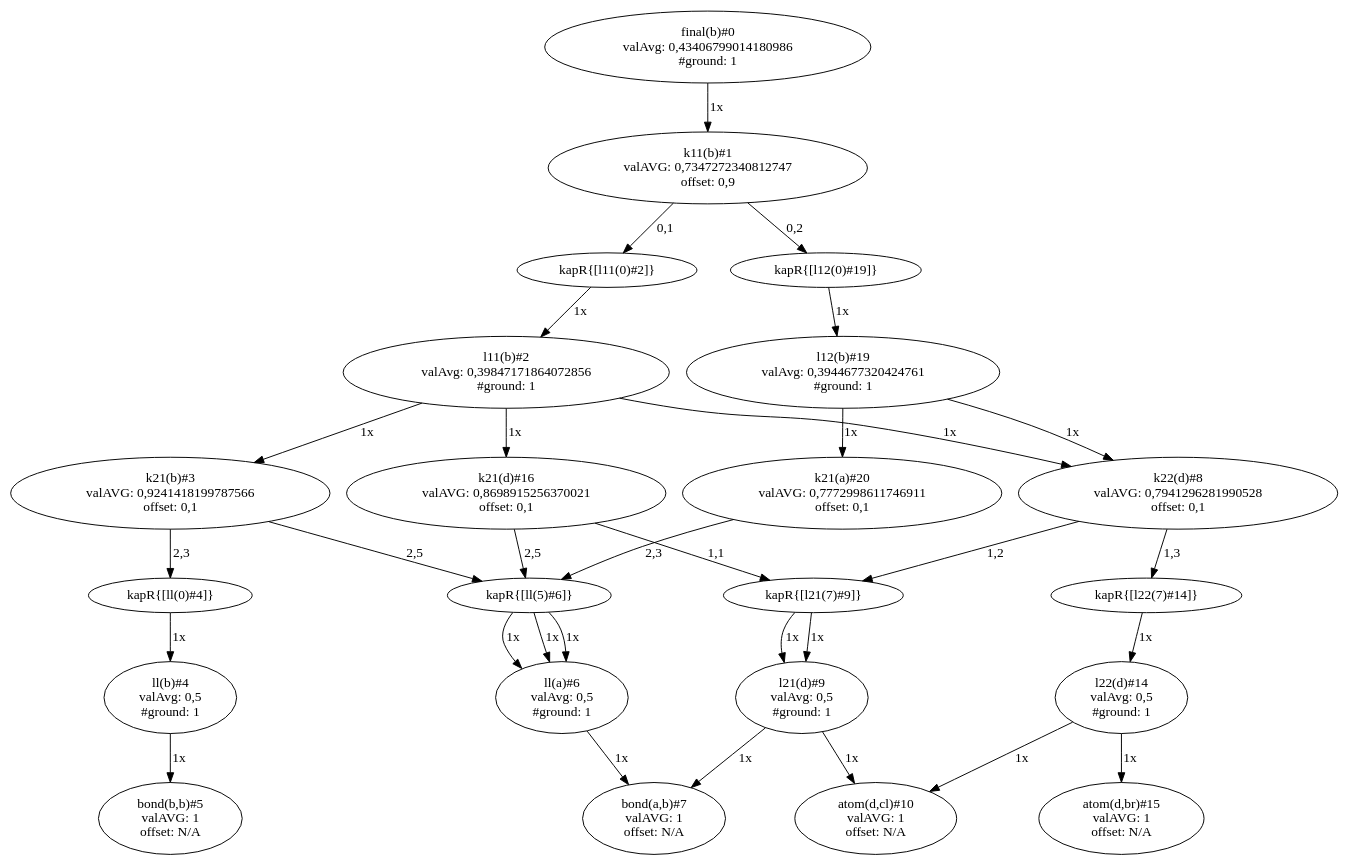
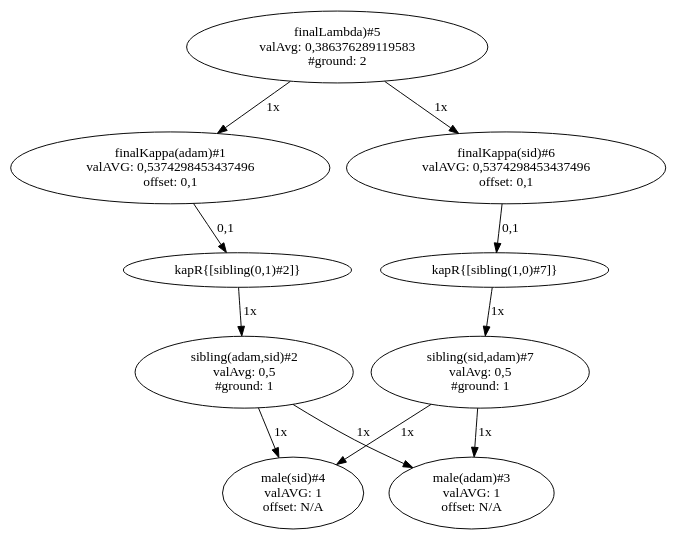
Before and after one commit to GustikS/Neurologic: the diagram in graph.dot, drawn with Graphviz. The commit also changed 30 other files, not shown here.

```diff
--- a/graph.dot
+++ b/graph.dot
@@ -1,116 +1,44 @@
 digraph G {
-"final(b)#0
-valAvg: 0,43406799014180986
-#ground: 1" -> "k11(b)#1
-valAVG: 0,7347272340812747
-offset: 0,9" [ label = "1x" ];
-"k11(b)#1
-valAVG: 0,7347272340812747
-offset: 0,9" -> "kapR{[l11(0)#2]}" [ label = "0,1" ];
-"kapR{[l11(0)#2]}" -> "l11(b)#2
-valAvg: 0,39847171864072856
-#ground: 1" [ label = "1x" ];
-"k11(b)#1
-valAVG: 0,7347272340812747
-offset: 0,9" -> "kapR{[l12(0)#19]}" [ label = "0,2" ];
-"kapR{[l12(0)#19]}" -> "l12(b)#19
-valAvg: 0,3944677320424761
-#ground: 1" [ label = "1x" ];
-"l11(b)#2
-valAvg: 0,39847171864072856
-#ground: 1" -> "k21(b)#3
-valAVG: 0,9241418199787566
+"finalLambda)#5
+valAvg: 0,386376289119583
+#ground: 2" -> "finalKappa(adam)#1
+valAVG: 0,5374298453437496
 offset: 0,1" [ label = "1x" ];
-"k21(b)#3
-valAVG: 0,9241418199787566
-offset: 0,1" -> "kapR{[ll(0)#4]}" [ label = "2,3" ];
-"kapR{[ll(0)#4]}" -> "ll(b)#4
+"finalKappa(adam)#1
+valAVG: 0,5374298453437496
+offset: 0,1" -> "kapR{[sibling(0,1)#2]}" [ label = "0,1" ];
+"kapR{[sibling(0,1)#2]}" -> "sibling(adam,sid)#2
 valAvg: 0,5
 #ground: 1" [ label = "1x" ];
-"k21(b)#3
-valAVG: 0,9241418199787566
-offset: 0,1" -> "kapR{[ll(5)#6]}" [ label = "2,5" ];
-"kapR{[ll(5)#6]}" -> "ll(a)#6
+"sibling(adam,sid)#2
+valAvg: 0,5
+#ground: 1" -> "male(sid)#4
+valAVG: 1
+offset: N/A" [ label = "1x" ];
+"sibling(adam,sid)#2
+valAvg: 0,5
+#ground: 1" -> "male(adam)#3
+valAVG: 1
+offset: N/A" [ label = "1x" ];
+"finalLambda)#5
+valAvg: 0,386376289119583
+#ground: 2" -> "finalKappa(sid)#6
+valAVG: 0,5374298453437496
+offset: 0,1" [ label = "1x" ];
+"finalKappa(sid)#6
+valAVG: 0,5374298453437496
+offset: 0,1" -> "kapR{[sibling(1,0)#7]}" [ label = "0,1" ];
+"kapR{[sibling(1,0)#7]}" -> "sibling(sid,adam)#7
 valAvg: 0,5
 #ground: 1" [ label = "1x" ];
-"ll(b)#4
+"sibling(sid,adam)#7
 valAvg: 0,5
-#ground: 1" -> "bond(b,b)#5
+#ground: 1" -> "male(sid)#4
 valAVG: 1
 offset: N/A" [ label = "1x" ];
-"ll(a)#6
+"sibling(sid,adam)#7
 valAvg: 0,5
-#ground: 1" -> "bond(a,b)#7
+#ground: 1" -> "male(adam)#3
 valAVG: 1
 offset: N/A" [ label = "1x" ];
-"l11(b)#2
-valAvg: 0,39847171864072856
-#ground: 1" -> "k22(d)#8
-valAVG: 0,7941296281990528
-offset: 0,1" [ label = "1x" ];
-"k22(d)#8
-valAVG: 0,7941296281990528
-offset: 0,1" -> "kapR{[l21(7)#9]}" [ label = "1,2" ];
-"kapR{[l21(7)#9]}" -> "l21(d)#9
-valAvg: 0,5
-#ground: 1" [ label = "1x" ];
-"k22(d)#8
-valAVG: 0,7941296281990528
-offset: 0,1" -> "kapR{[l22(7)#14]}" [ label = "1,3" ];
-"kapR{[l22(7)#14]}" -> "l22(d)#14
-valAvg: 0,5
-#ground: 1" [ label = "1x" ];
-"l21(d)#9
-valAvg: 0,5
-#ground: 1" -> "atom(d,cl)#10
-valAVG: 1
-offset: N/A" [ label = "1x" ];
-"l21(d)#9
-valAvg: 0,5
-#ground: 1" -> "bond(a,b)#7
-valAVG: 1
-offset: N/A" [ label = "1x" ];
-"l22(d)#14
-valAvg: 0,5
-#ground: 1" -> "atom(d,br)#15
-valAVG: 1
-offset: N/A" [ label = "1x" ];
-"l22(d)#14
-valAvg: 0,5
-#ground: 1" -> "atom(d,cl)#10
-valAVG: 1
-offset: N/A" [ label = "1x" ];
-"l11(b)#2
-valAvg: 0,39847171864072856
-#ground: 1" -> "k21(d)#16
-valAVG: 0,8698915256370021
-offset: 0,1" [ label = "1x" ];
-"k21(d)#16
-valAVG: 0,8698915256370021
-offset: 0,1" -> "kapR{[l21(7)#9]}" [ label = "1,1" ];
-"kapR{[l21(7)#9]}" -> "l21(d)#9
-valAvg: 0,5
-#ground: 1" [ label = "1x" ];
-"k21(d)#16
-valAVG: 0,8698915256370021
-offset: 0,1" -> "kapR{[ll(5)#6]}" [ label = "2,5" ];
-"kapR{[ll(5)#6]}" -> "ll(a)#6
-valAvg: 0,5
-#ground: 1" [ label = "1x" ];
-"l12(b)#19
-valAvg: 0,3944677320424761
-#ground: 1" -> "k21(a)#20
-valAVG: 0,7772998611746911
-offset: 0,1" [ label = "1x" ];
-"k21(a)#20
-valAVG: 0,7772998611746911
-offset: 0,1" -> "kapR{[ll(5)#6]}" [ label = "2,3" ];
-"kapR{[ll(5)#6]}" -> "ll(a)#6
-valAvg: 0,5
-#ground: 1" [ label = "1x" ];
-"l12(b)#19
-valAvg: 0,3944677320424761
-#ground: 1" -> "k22(d)#8
-valAVG: 0,7941296281990528
-offset: 0,1" [ label = "1x" ];
 }
```
